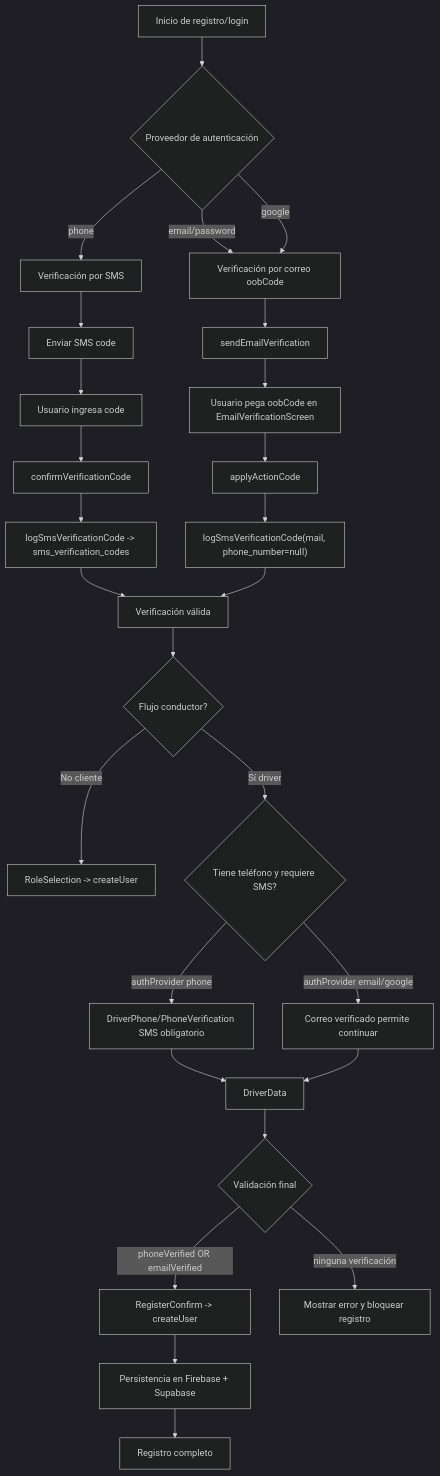
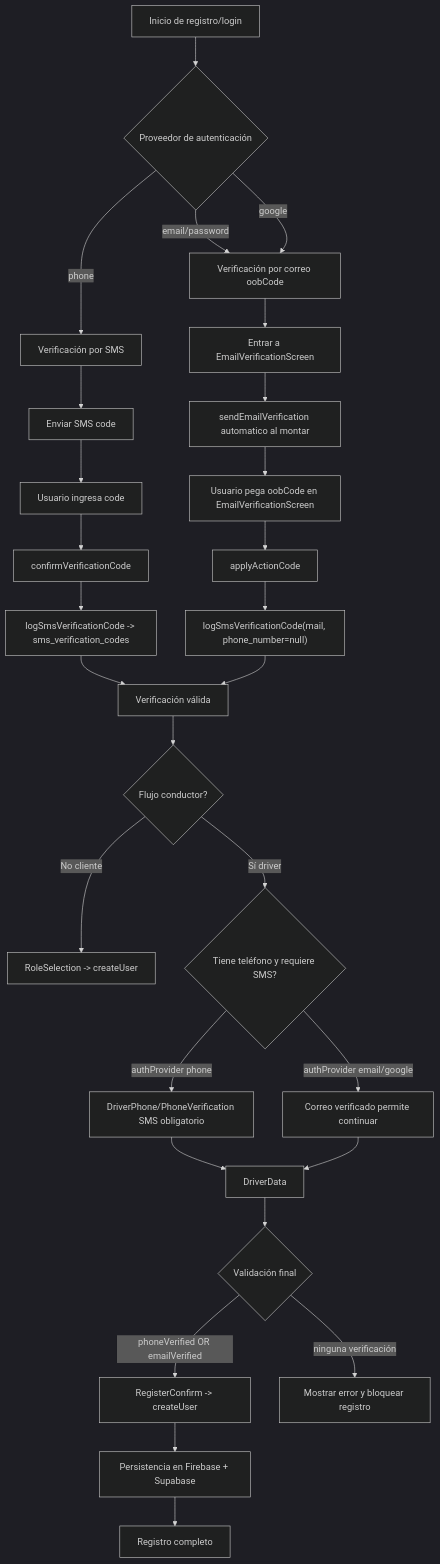
Before and after one commit to SamuelUes/app-rundi: the diagram in auth_verification_flow.md, drawn with Mermaid (dark theme). The commit also changed 33 other files, not shown here.

````diff
--- a/auth_verification_flow.md
+++ b/auth_verification_flow.md
@@ -3,38 +3,39 @@
 ```mermaid
 flowchart TD
   A[Inicio de registro/login] --> B{Proveedor de autenticación}
 
   B -->|phone| C[Verificación por SMS]
   B -->|email/password| D[Verificación por correo oobCode]
   B -->|google| D
 
   C --> C1[Enviar SMS code]
   C1 --> C2[Usuario ingresa code]
   C2 --> C3[confirmVerificationCode]
   C3 --> C4[logSmsVerificationCode -> sms_verification_codes]
   C4 --> E[Verificación válida]
 
-  D --> D1[sendEmailVerification]
-  D1 --> D2[Usuario pega oobCode en EmailVerificationScreen]
+  D --> D1[Entrar a EmailVerificationScreen]
+  D1 --> D1A[sendEmailVerification automatico al montar]
+  D1A --> D2[Usuario pega oobCode en EmailVerificationScreen]
   D2 --> D3[applyActionCode]
   D3 --> D4["logSmsVerificationCode(mail, phone_number=null)"]
   D4 --> E
 
   E --> F{Flujo conductor?}
 
   F -->|No cliente| G["RoleSelection -> createUser"]
 
   F -->|Sí driver| H{Tiene teléfono y requiere SMS?}
   H -->|authProvider phone| I["DriverPhone/PhoneVerification SMS obligatorio"]
   I --> J[DriverData]
 
   H -->|authProvider email/google| K[Correo verificado permite continuar]
   K --> J
 
   J --> L{Validación final}
   L -->|phoneVerified OR emailVerified| M["RegisterConfirm -> createUser"]
   L -->|ninguna verificación| N["Mostrar error y bloquear registro"]
 
   M --> O[Persistencia en Firebase + Supabase]
   O --> P[Registro completo]
 ```
````
